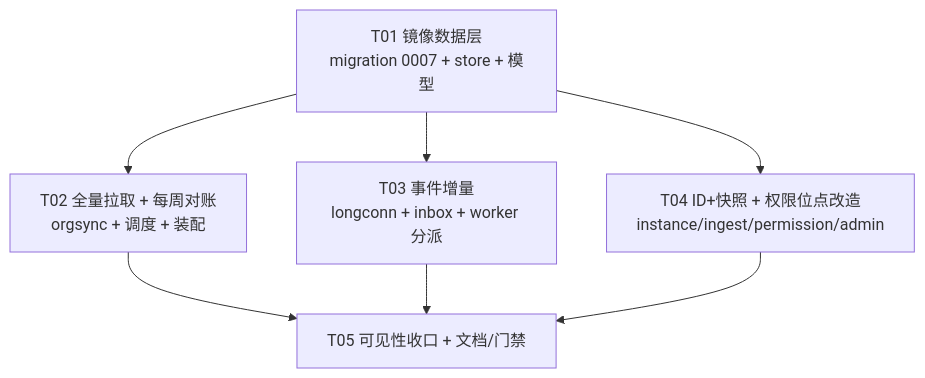
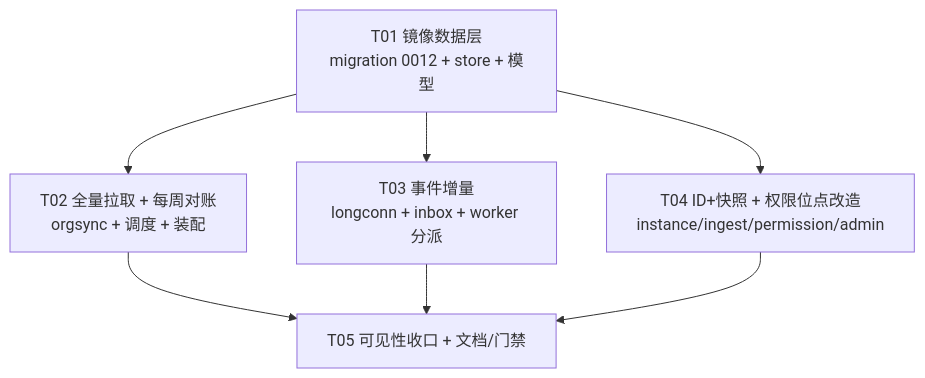
One commit to chadhao/jx-procurement-platform changed the sixth of 6 diagrams in docs/08-Org-Sync-Design.md. Above: the diagram before and after it, drawn with Mermaid. The commit also changed other lines of this file and 2 other files, not shown here.

````diff
--- a/docs/08-Org-Sync-Design.md
+++ b/docs/08-Org-Sync-Design.md
@@ -880,14 +882,14 @@
 ```mermaid
 graph TD
-    T01[T01 镜像数据层<br/>migration 0007 + store + 模型]
+    T01[T01 镜像数据层<br/>migration 0012 + store + 模型]
     T02[T02 全量拉取 + 每周对账<br/>orgsync + 调度 + 装配]
     T03[T03 事件增量<br/>longconn + inbox + worker 分派]
     T04[T04 ID+快照 + 权限位点改造<br/>instance/ingest/permission/admin]
     T05[T05 可见性收口 + 文档/门禁]
     T01 --> T02
     T01 --> T03
     T01 --> T04
     T02 --> T05
     T03 --> T05
     T04 --> T05
 ```
````
